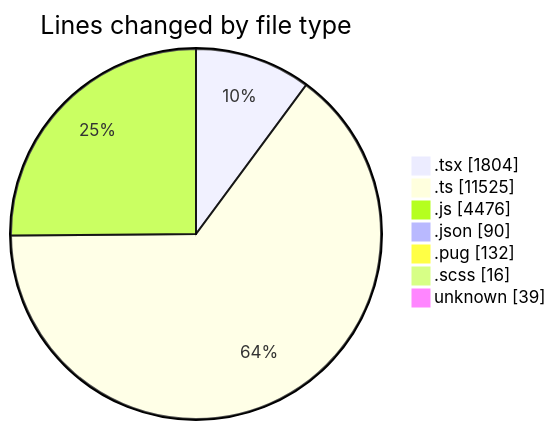
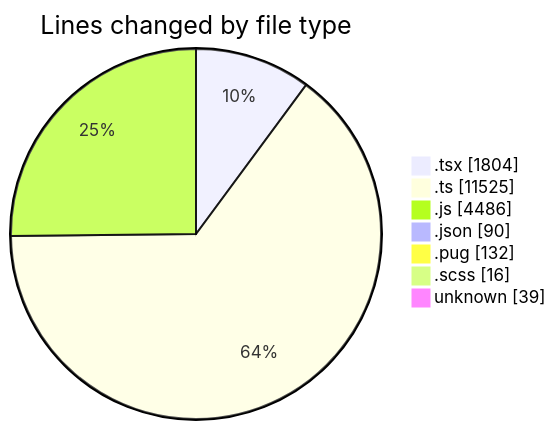
The first of 2 diagrams in 2025-03-24/cda/README.md (momahboobian/code-tracking), drawn with Mermaid before and after one commit. The commit also changed other lines of this file and 1 other file, not shown here.

````diff
--- a/2025-03-24/cda/README.md
+++ b/2025-03-24/cda/README.md
@@ -42,11 +42,11 @@
 ```mermaid
 pie showData
 title Lines changed by file type
 ".tsx" : 1804
 ".ts" : 11525
-".js" : 4476
+".js" : 4486
 ".json" : 90
 ".pug" : 132
 ".scss" : 16
 "unknown" : 39
 ```
````
